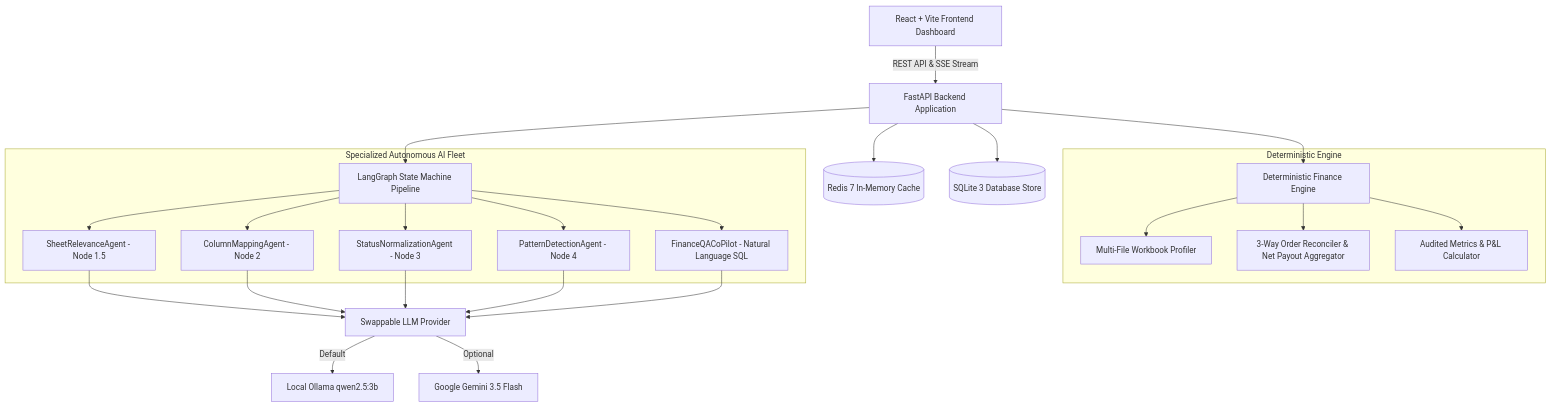
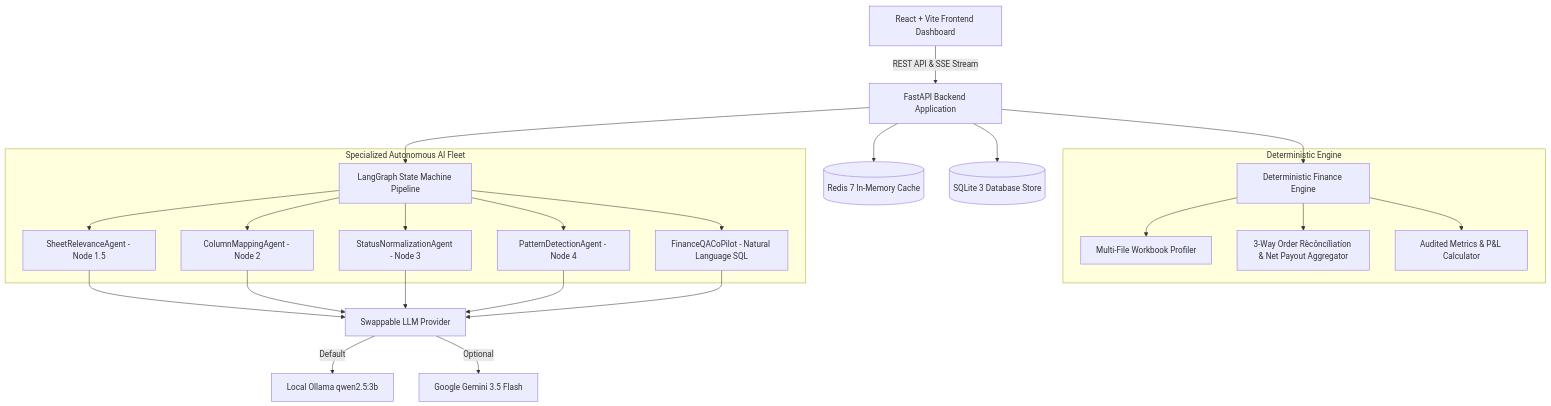
One commit to hateem72/reconup-v1 changed the first of 2 diagrams in README.md. Above: the diagram before and after it, drawn with Mermaid. The commit also changed other lines of this file, not shown here.

````diff
--- a/README.md
+++ b/README.md
@@ -166,27 +168,27 @@
 ```mermaid
 graph TD
     Client[React + Vite Frontend Dashboard] -->|REST API & SSE Stream| API[FastAPI Backend Application]
     
     API --> Redis[(Redis 7 In-Memory Cache)]
     API --> SQLite[(SQLite 3 Database Store)]
     API --> Engine[Deterministic Finance Engine]
     API --> LangGraph[LangGraph State Machine Pipeline]
     
     subgraph Deterministic Engine
         Engine --> Parser[Multi-File Workbook Profiler]
-        Engine --> Reconciler[3-Way Order Reconciler & Net Payout Aggregator]
+        Engine --> Reconciler[3-Way Order Rècôncílìatíon & Net Payout Aggregator]
         Engine --> Metrics[Audited Metrics & P&L Calculator]
     end
     
     subgraph Specialized Autonomous AI Fleet
         LangGraph --> Agent1[SheetRelevanceAgent - Node 1.5]
         LangGraph --> Agent2[ColumnMappingAgent - Node 2]
         LangGraph --> Agent3[StatusNormalizationAgent - Node 3]
         LangGraph --> Agent4[PatternDetectionAgent - Node 4]
         LangGraph --> Agent5[FinanceQACoPilot - Natural Language SQL]
     end
     
     Agent1 & Agent2 & Agent3 & Agent4 & Agent5 --> LLMFactory[Swappable LLM Provider]
     LLMFactory -->|Default| Ollama[Local Ollama qwen2.5:3b]
     LLMFactory -->|Optional| Gemini[Google Gemini 3.5 Flash]
 ```
````
